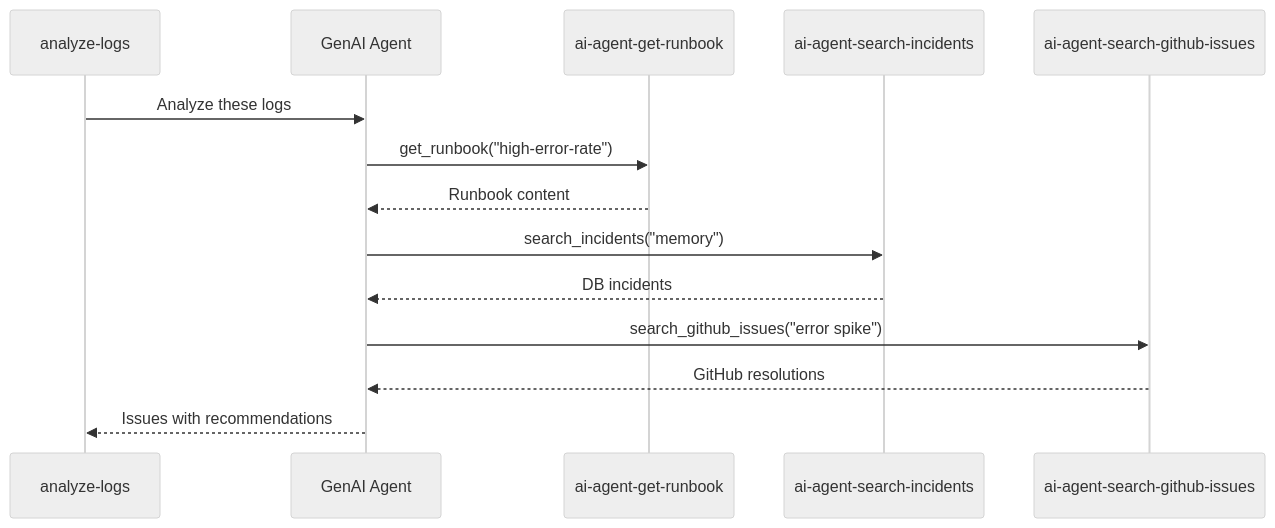
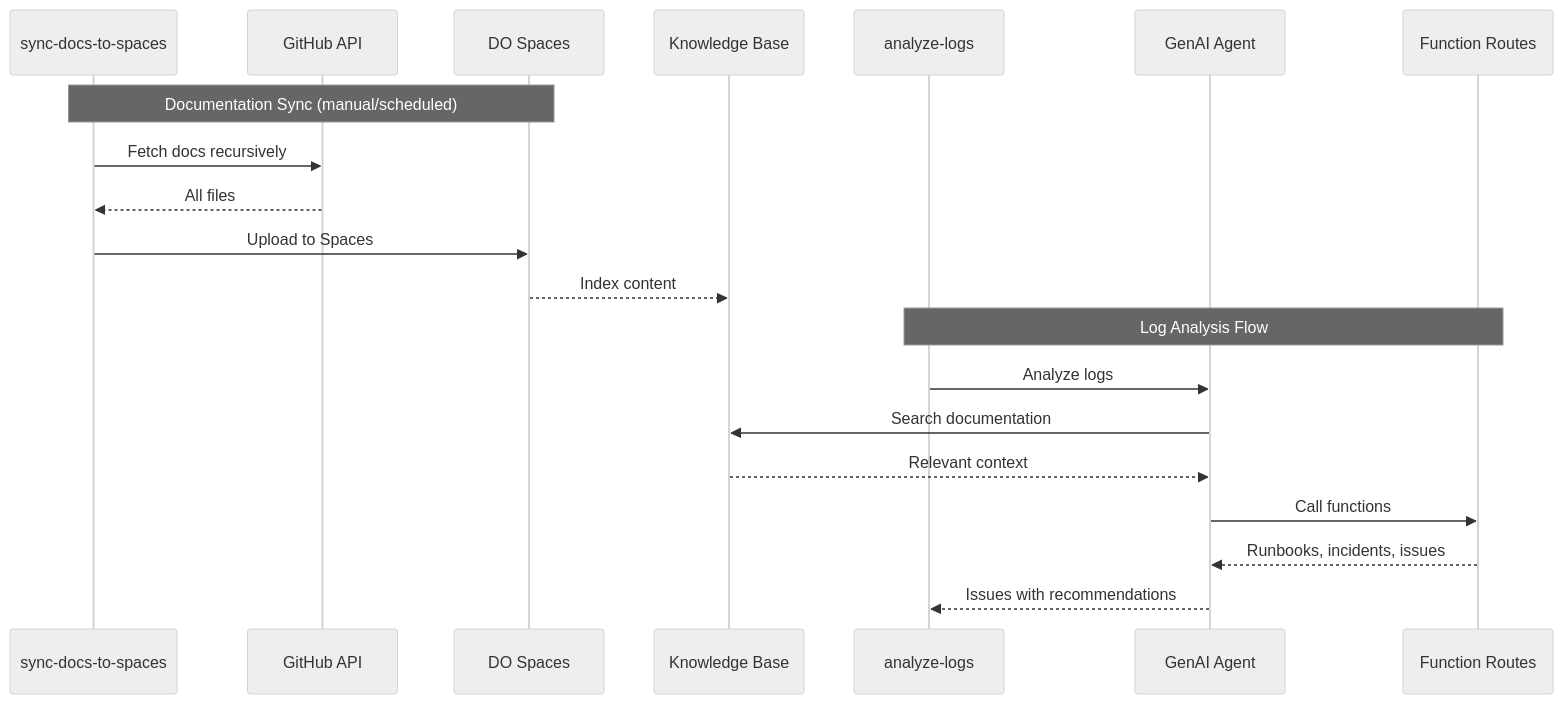
One commit to MikeBild/fleexstack-monitoring changed the second of 2 diagrams in docs/knowledge-base-integration.md. Above: the diagram before and after it, drawn with Mermaid (neutral theme). The commit also changed other lines of this file and 5 other files, not shown here.

First line of the commit message:
docs: restructure knowledge-base-integration with audience-based approach

````diff
--- a/docs/knowledge-base-integration.md
+++ b/docs/knowledge-base-integration.md
@@ -60,17 +127,24 @@
 ```mermaid
 sequenceDiagram
+    participant Sync as sync-docs-to-spaces
+    participant GH as GitHub API
+    participant S3 as DO Spaces
+    participant KB as Knowledge Base
     participant AL as analyze-logs
-    participant AI as GenAI Agent
-    participant GR as ai-agent-get-runbook
-    participant SI as ai-agent-search-incidents
-    participant SGI as ai-agent-search-github-issues
+    participant Agent as GenAI Agent
+    participant Funcs as Function Routes
 
-    AL->>AI: Analyze these logs
-    AI->>GR: get_runbook("high-error-rate")
-    GR-->>AI: Runbook content
-    AI->>SI: search_incidents("memory")
-    SI-->>AI: DB incidents
-    AI->>SGI: search_github_issues("error spike")
-    SGI-->>AI: GitHub resolutions
-    AI-->>AL: Issues with recommendations
+    Note over Sync,S3: Documentation Sync (manual/scheduled)
+    Sync->>GH: Fetch docs recursively
+    GH-->>Sync: All files
+    Sync->>S3: Upload to Spaces
+    S3-->>KB: Index content
+
+    Note over AL,Funcs: Log Analysis Flow
+    AL->>Agent: Analyze logs
+    Agent->>KB: Search documentation
+    KB-->>Agent: Relevant context
+    Agent->>Funcs: Call functions
+    Funcs-->>Agent: Runbooks, incidents, issues
+    Agent-->>AL: Issues with recommendations
 ```
````
